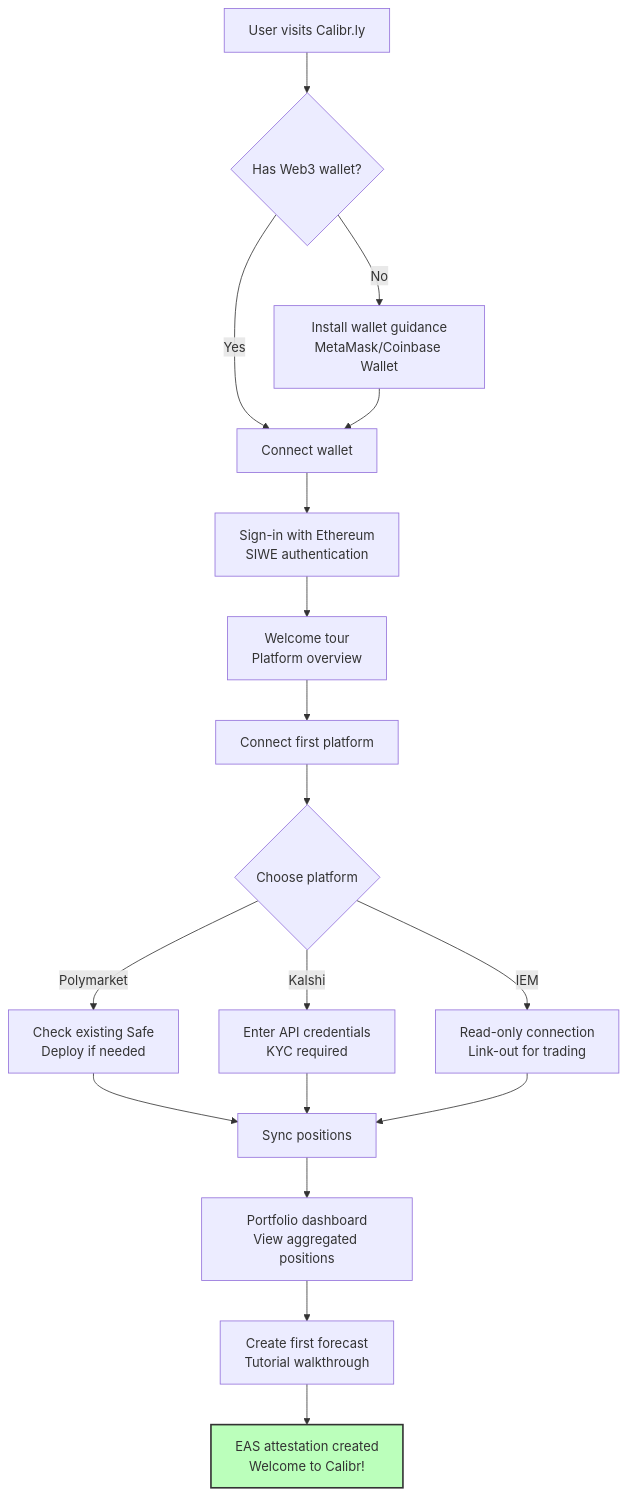
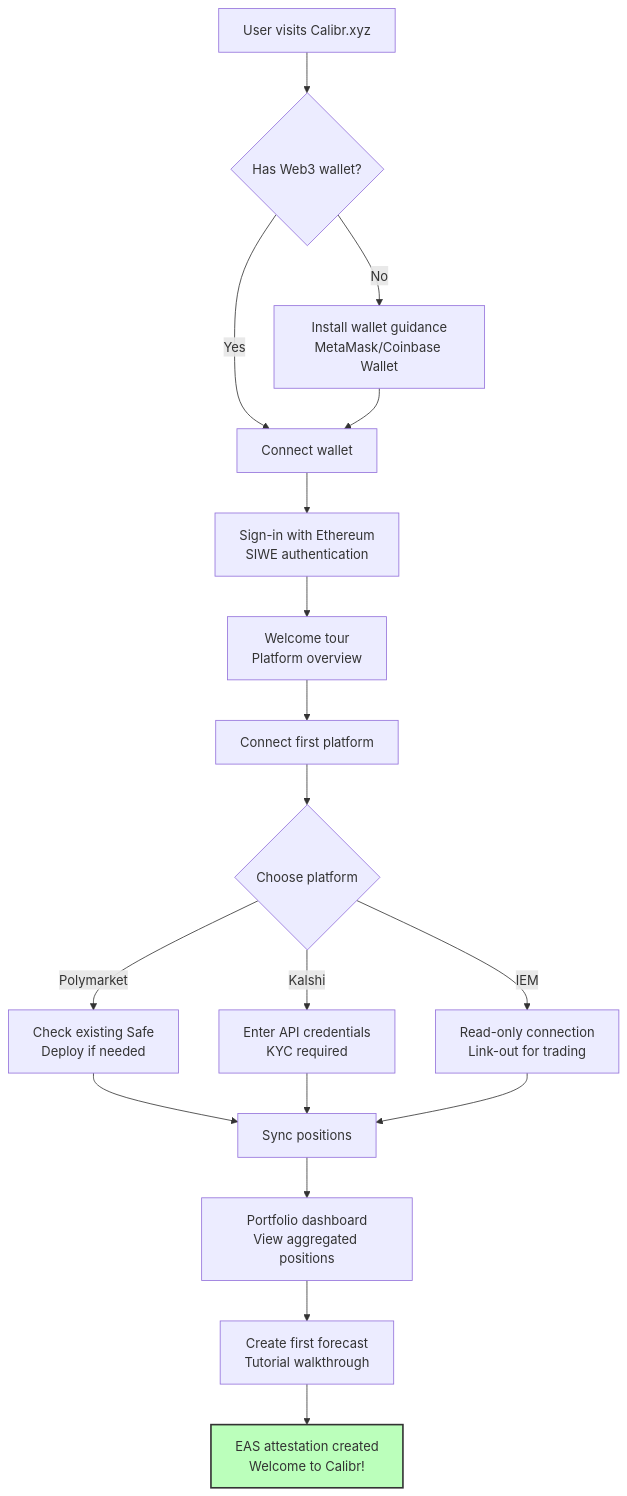
The ninth of 10 diagrams in docs/specs/CALIBR_Project_Requirements_v5.md (PatrionDigital/calibr), drawn with Mermaid before and after one commit. The commit also changed other lines of this file and 90 other files, not shown here.

````diff
--- a/docs/specs/CALIBR_Project_Requirements_v5.md
+++ b/docs/specs/CALIBR_Project_Requirements_v5.md
@@ -803,26 +830,26 @@
 ```mermaid
 flowchart TD
-    A[User visits Calibr.ly] --> B{Has Web3 wallet?}
+    A[User visits Calibr.xyz] --> B{Has Web3 wallet?}
     B -->|No| C[Install wallet guidance<br/>MetaMask/Coinbase Wallet]
     B -->|Yes| D[Connect wallet]
     C --> D
-    
+
     D --> E[Sign-in with Ethereum<br/>SIWE authentication]
     E --> F[Welcome tour<br/>Platform overview]
     F --> G[Connect first platform]
-    
+
     G --> H{Choose platform}
     H -->|Polymarket| I[Check existing Safe<br/>Deploy if needed]
     H -->|Kalshi| J[Enter API credentials<br/>KYC required]
     H -->|IEM| K[Read-only connection<br/>Link-out for trading]
-    
+
     I --> L[Sync positions]
     J --> L
     K --> L
-    
+
     L --> M[Portfolio dashboard<br/>View aggregated positions]
     M --> N[Create first forecast<br/>Tutorial walkthrough]
     N --> O[EAS attestation created<br/>Welcome to Calibr!]
-    
+
     style O fill:#bfb,stroke:#333,stroke-width:2px
 ```
````
